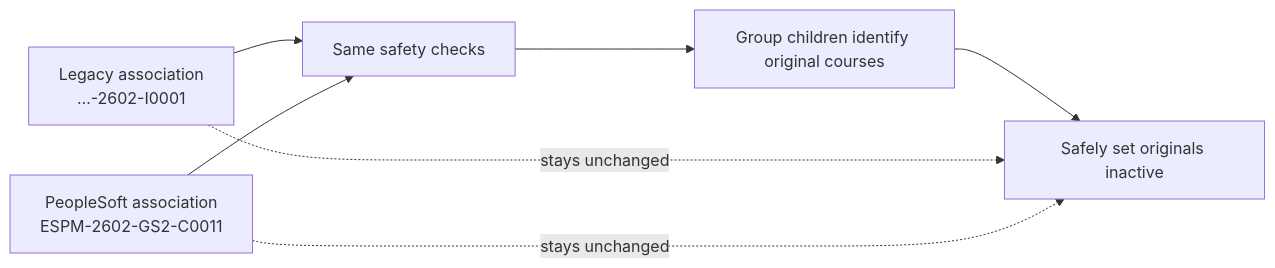
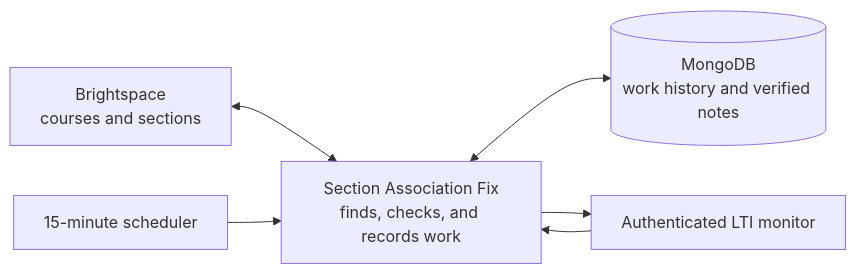
One commit to lmssandbox-dev/section-association-fix changed the first of 4 diagrams in BEGINNERS_GUIDE.md. Above: the diagram before and after it, drawn with Mermaid. The commit also changed other lines of this file, not shown here.

````diff
--- a/BEGINNERS_GUIDE.md
+++ b/BEGINNERS_GUIDE.md
@@ -9,9 +23,8 @@
 ```mermaid
 flowchart LR
-  A[Legacy association<br/>…-2602-I0001] --> C[Same safety checks]
-  B[PeopleSoft association<br/>ESPM-2602-GS2-C0011] --> C
-  C --> D[Group children identify original courses]
-  D --> E[Safely set originals inactive]
-  A -. stays unchanged .-> E
-  B -. stays unchanged .-> E
+  B[Brightspace<br/>courses and sections] <--> A[Section Association Fix<br/>finds, checks, and records work]
+  A <--> M[(MongoDB<br/>work history and verified notes)]
+  S[15-minute scheduler] --> A
+  U[Authenticated LTI monitor] --> A
+  A --> U
 ```
````
